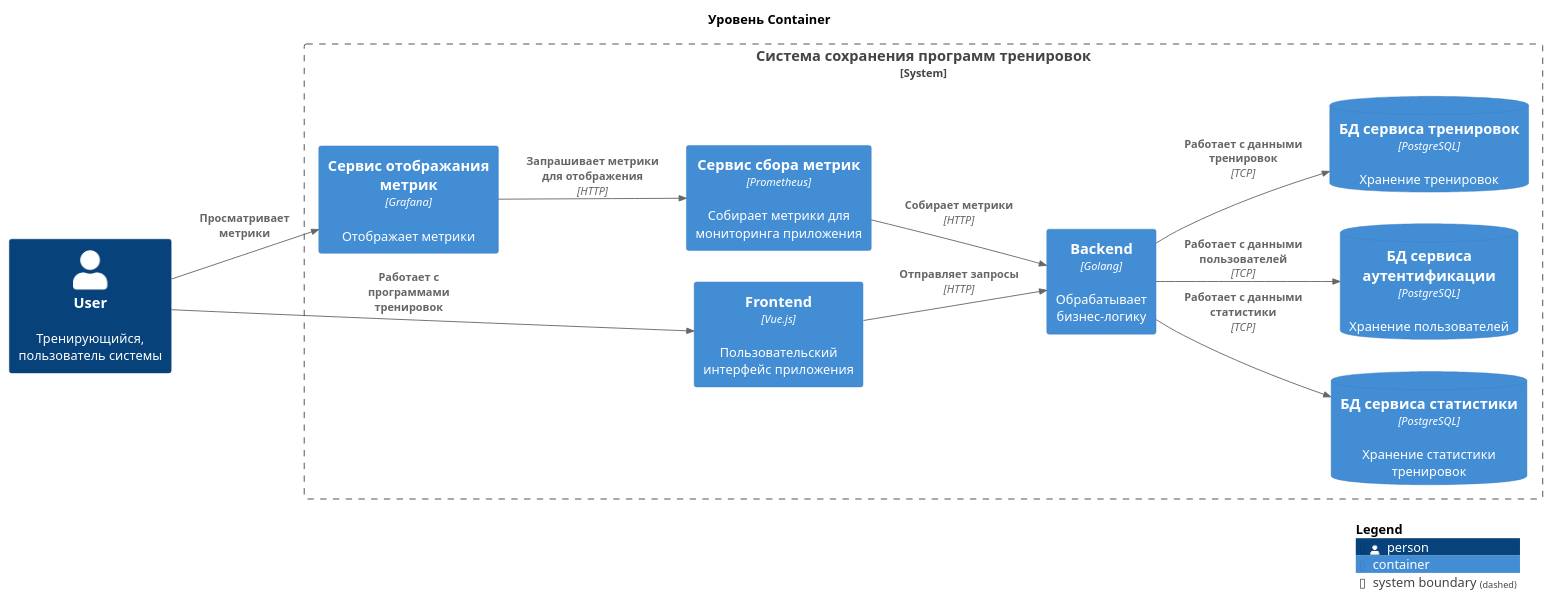
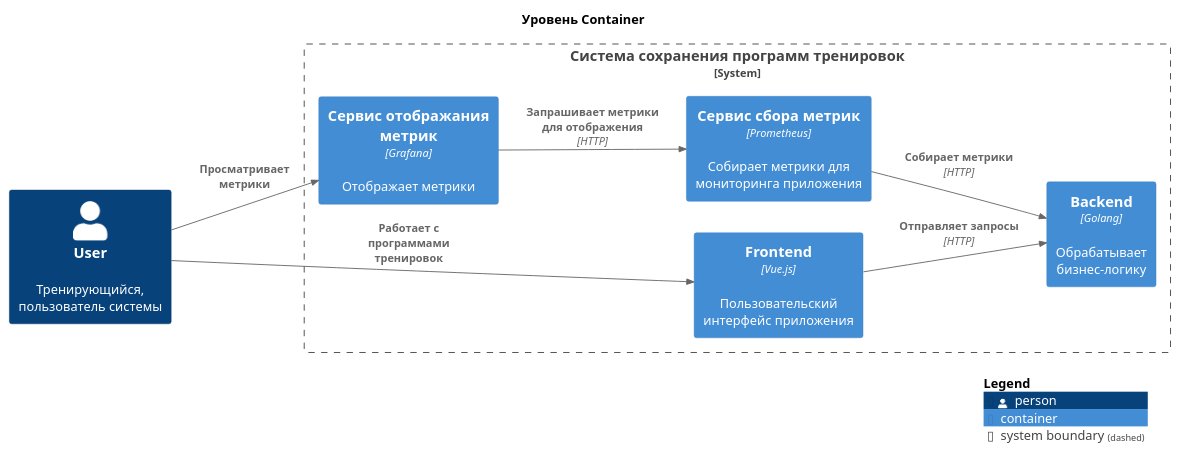
The diagram in c4/container.puml (SimakinKonstantin/Gym-helper), drawn with PlantUML before and after one commit. The commit also changed 7 other files, not shown here.

```diff
--- a/c4/container.puml
+++ b/c4/container.puml
@@ -1,31 +1,30 @@
 @startuml
-!include https://raw.githubusercontent.com/plantuml-stdlib/C4-PlantUML/master/C4_Container.puml
-
+!include <C4/C4_Container>
 title Уровень Container
 
 LAYOUT_LEFT_RIGHT()
 
 Person(user, "User", "Тренирующийся, пользователь системы")
 
 System_Boundary(s1, "Система сохранения программ тренировок") {
     Container(api, "Backend", "Golang", "Обрабатывает бизнес-логику")
     Container(prometheus, "Сервис сбора метрик", "Prometheus", "Собирает метрики для мониторинга приложения")
 	Container(grafana, "Сервис отображания метрик", "Grafana", "Отображает метрики")
 	Container(ui, "Frontend", "Vue.js", "Пользовательский интерфейс приложения")
-	ContainerDb(statisticsDb,  "БД сервиса статистики", "PostgreSQL", "Хранение статистики тренировок")
-    ContainerDb(usersDb, "БД сервиса аутентификации", "PostgreSQL",  "Хранение пользователей")
-    ContainerDb(managementDb, "БД сервиса тренировок", "PostgreSQL",  "Хранение тренировок")
+	' ContainerDb(statisticsDb,  "БД сервиса статистики", "PostgreSQL", "Хранение статистики тренировок")
+    ' ContainerDb(usersDb, "БД сервиса аутентификации", "PostgreSQL",  "Хранение пользователей")
+    ' ContainerDb(managementDb, "БД сервиса тренировок", "PostgreSQL",  "Хранение тренировок")
 }
 
 Rel(user, grafana, Просматривает метрики)
 Rel(user, ui, "Работает с программами тренировок", )
 Rel(ui, api, "Отправляет запросы", "HTTP")
-Rel(api, statisticsDb, "Работает с данными статистики", "TCP")
-Rel(api, usersDb, "Работает с данными пользователей", "TCP")
-Rel(api, managementDb, "Работает с данными тренировок", "TCP")
+' Rel(api, statisticsDb, "Работает с данными статистики", "TCP")
+' Rel(api, usersDb, "Работает с данными пользователей", "TCP")
+' Rel(api, managementDb, "Работает с данными тренировок", "TCP")
 
 Rel(grafana, prometheus, "Запрашивает метрики для отображения", "HTTP")
 Rel(prometheus, api, "Собирает метрики", "HTTP")
 
 SHOW_LEGEND()
 @enduml
```
